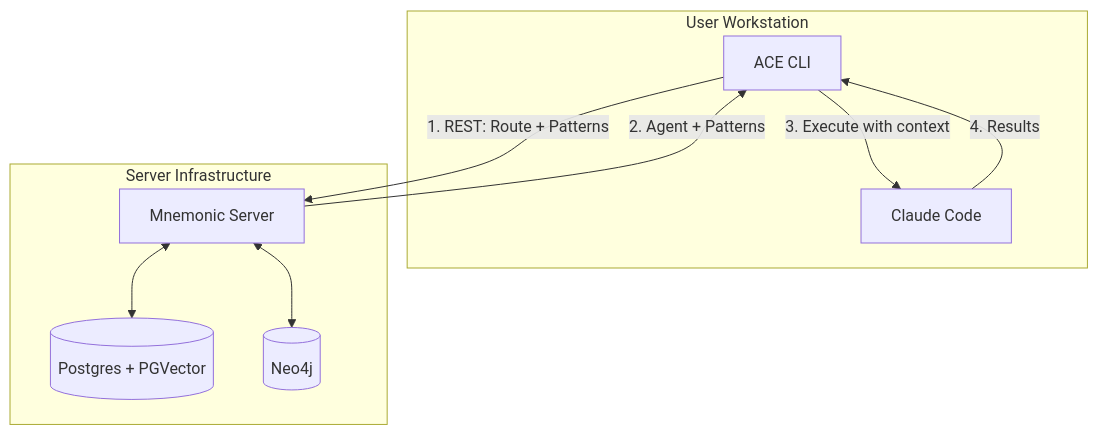
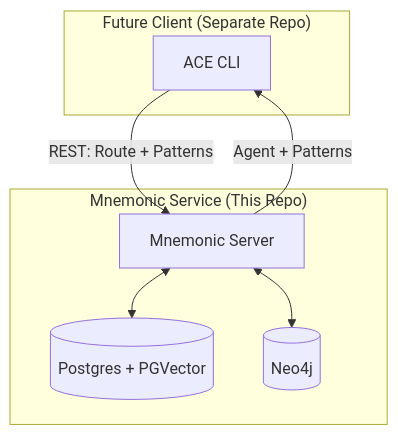
The first of 4 diagrams in docs/architecture/00-overview.md (twistingmercury/mnemonic-mcp), drawn with Mermaid before and after one commit. The commit also changed other lines of this file and 12 other files, not shown here.

````diff
--- a/docs/architecture/00-overview.md
+++ b/docs/architecture/00-overview.md
@@ -30,20 +34,17 @@
 ```mermaid
 graph TB
-    subgraph "User Workstation"
+    subgraph "Future Client (Separate Repo)"
         CLI[ACE CLI]
-        CC[Claude Code]
     end
 
-    subgraph "Server Infrastructure"
+    subgraph "Mnemonic Service (This Repo)"
         MN[Mnemonic Server]
         PG[(Postgres + PGVector)]
         NEO[(Neo4j)]
     end
 
-    CLI -->|"1. REST: Route + Patterns"| MN
+    CLI -->|"REST: Route + Patterns"| MN
     MN <--> PG
     MN <--> NEO
-    MN -->|"2. Agent + Patterns"| CLI
-    CLI -->|"3. Execute with context"| CC
-    CC -->|"4. Results"| CLI
+    MN -->|"Agent + Patterns"| CLI
 ```
````
